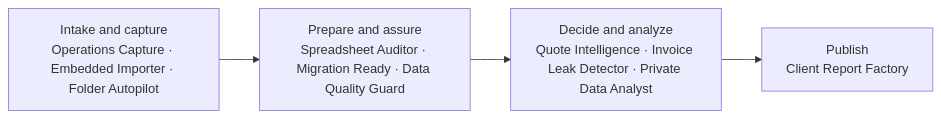
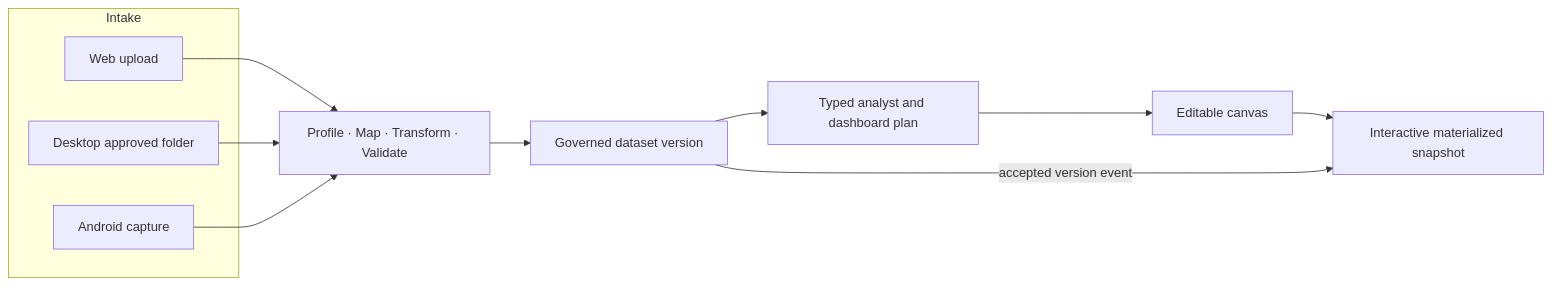
One commit to DatabreezeService/databreeze-platform changed the diagram in docs/product/platform-feature-matrix.md. Above: the diagram before and after it, drawn with Mermaid. The commit also changed other lines of this file and 25 other files, not shown here.

````diff
--- a/docs/product/platform-feature-matrix.md
+++ b/docs/product/platform-feature-matrix.md
@@ -20,8 +18,18 @@
 ```mermaid
 flowchart LR
-    A["Intake and capture<br/>Operations Capture · Embedded Importer · Folder Autopilot"]
-    B["Prepare and assure<br/>Spreadsheet Auditor · Migration Ready · Data Quality Guard"]
-    C["Decide and analyze<br/>Quote Intelligence · Invoice Leak Detector · Private Data Analyst"]
-    D["Publish<br/>Client Report Factory"]
-    A --> B --> C --> D
+    subgraph Intake
+      W["Web upload"]
+      D["Desktop approved folder"]
+      A["Android capture"]
+    end
+    P["Profile · Map · Transform · Validate"]
+    G["Governed dataset version"]
+    N["Typed analyst and dashboard plan"]
+    C["Editable canvas"]
+    S["Interactive materialized snapshot"]
+    W --> P
+    D --> P
+    A --> P
+    P --> G --> N --> C --> S
+    G -->|"accepted version event"| S
 ```
````
